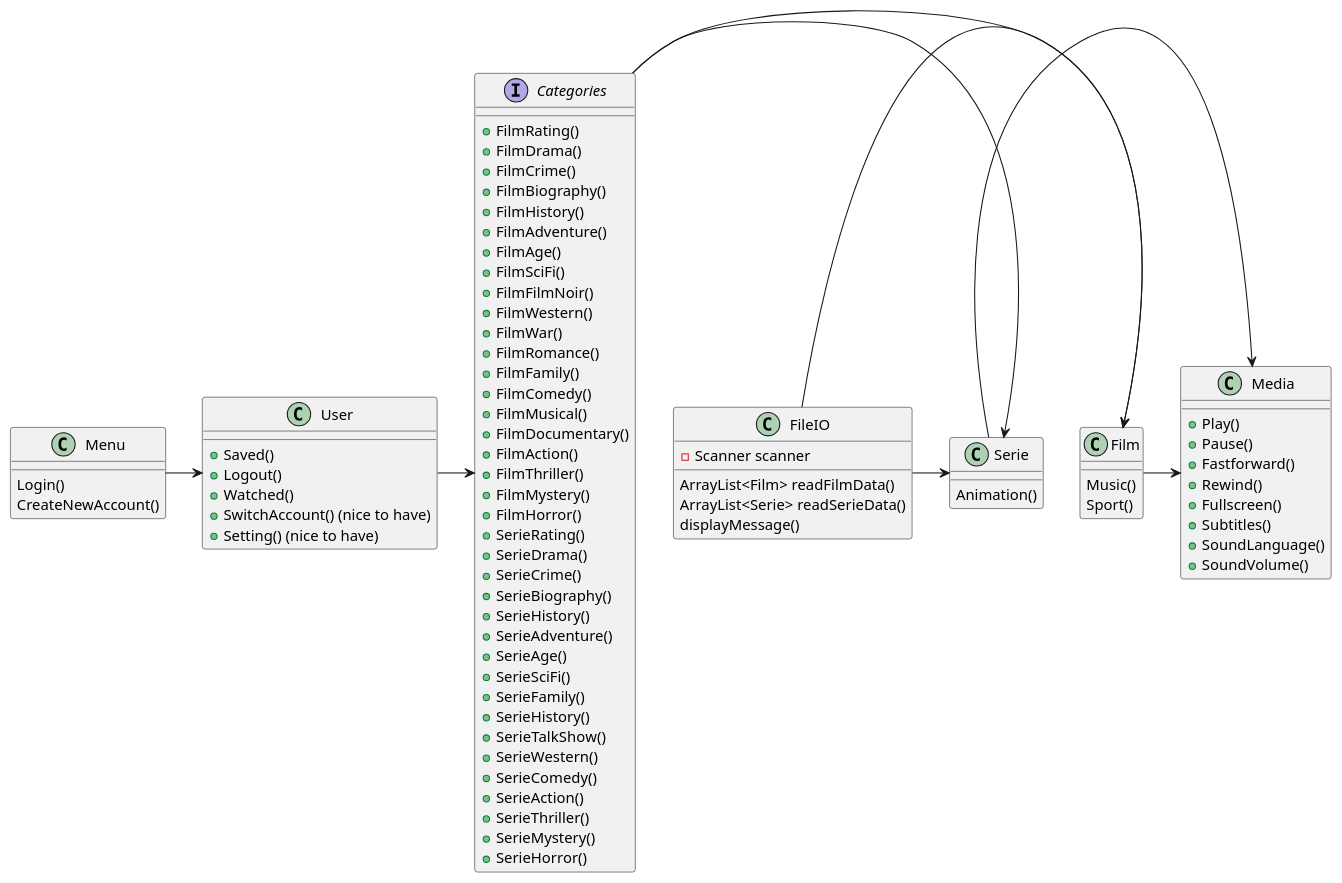
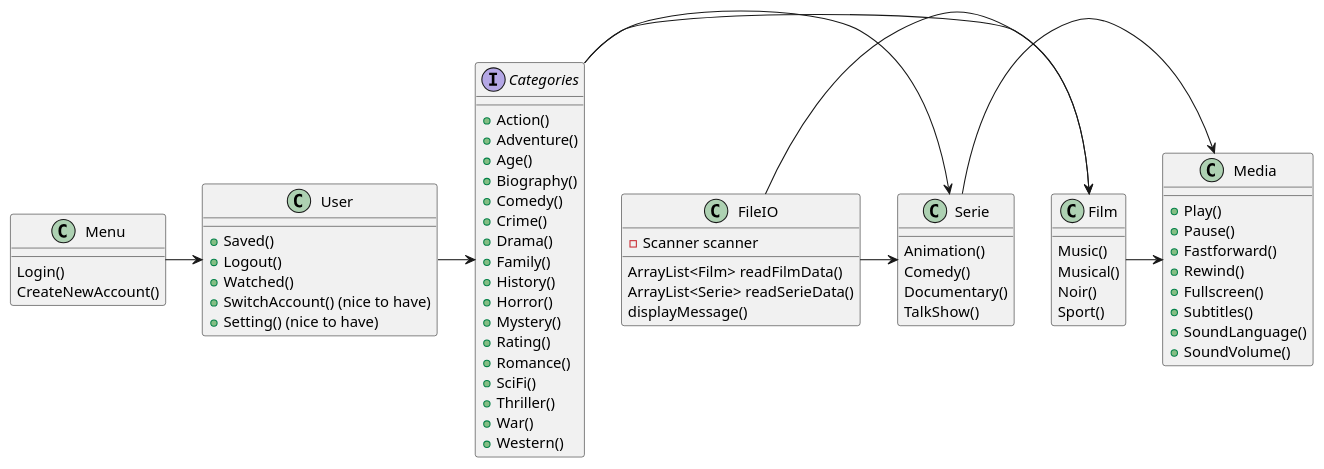
One commit to Tobitastik/SP3 changed the diagram in SP3.puml. Above: the diagram before and after it, drawn with PlantUML.

```diff
--- a/SP3.puml
+++ b/SP3.puml
@@ -1,89 +1,73 @@
 @startuml
 'https://plantuml.com/class-diagram
 
 Class Menu
 Menu : Login()
 Menu : CreateNewAccount()
 
 Class User
 User : + Saved()
 User : + Logout()
 User : + Watched()
 User : + SwitchAccount() (nice to have)
 User : + Setting() (nice to have)
 
 Class Media
 Media : + Play()
 Media : + Pause()
 Media : + Fastforward()
 Media : + Rewind()
 Media : + Fullscreen()
 Media : + Subtitles()
 Media : + SoundLanguage()
 Media : + SoundVolume()
 
 Interface Categories
-Categories : + FilmRating()
-Categories : + FilmDrama()
-Categories : + FilmCrime()
-Categories : + FilmBiography()
-Categories : + FilmHistory()
-Categories : + FilmAdventure()
-Categories : + FilmAge()
-Categories : + FilmSciFi()
-Categories : + FilmFilmNoir()
-Categories : + FilmWestern()
-Categories : + FilmWar()
-Categories : + FilmRomance()
-Categories : + FilmFamily()
-Categories : + FilmComedy()
-Categories : + FilmMusical()
-Categories : + FilmDocumentary()
-Categories : + FilmAction()
-Categories : + FilmThriller()
-Categories : + FilmMystery()
-Categories : + FilmHorror()
-
-Categories : + SerieRating()
-Categories : + SerieDrama()
-Categories : + SerieCrime()
-Categories : + SerieBiography()
-Categories : + SerieHistory()
-Categories : + SerieAdventure()
-Categories : + SerieAge()
-Categories : + SerieSciFi()
-Categories : + SerieFamily()
-Categories : + SerieHistory()
-Categories : + SerieTalkShow()
-Categories : + SerieWestern()
-Categories : + SerieComedy()
-Categories : + SerieAction()
-Categories : + SerieThriller()
-Categories : + SerieMystery()
-Categories : + SerieHorror()
+Categories : + Action()
+Categories : + Adventure()
+Categories : + Age()
+Categories : + Biography()
+Categories : + Comedy()
+Categories : + Crime()
+Categories : + Drama()
+Categories : + Family()
+Categories : + History()
+Categories : + Horror()
+Categories : + Mystery()
+Categories : + Rating()
+Categories : + Romance()
+Categories : + SciFi()
+Categories : + Thriller()
+Categories : + War()
+Categories : + Western()
 
 Class Film
 Film : Music()
+Film : Musical()
+Film : Noir()
 Film : Sport()
 
 Class Serie
 Serie : Animation()
+Serie : Comedy()
+Serie : Documentary()
+Serie : TalkShow()
 
 Class FileIO
 FileIO : - Scanner scanner
 FileIO : ArrayList<Film> readFilmData()
 FileIO : ArrayList<Serie> readSerieData()
 FileIO : displayMessage()
 
 
 
 Menu -> User
 Categories -> Film
 Categories -> Serie
 User -> Categories
 FileIO -> Film
 FileIO -> Serie
 Film -> Media
 Serie -> Media
 
 @enduml
```
